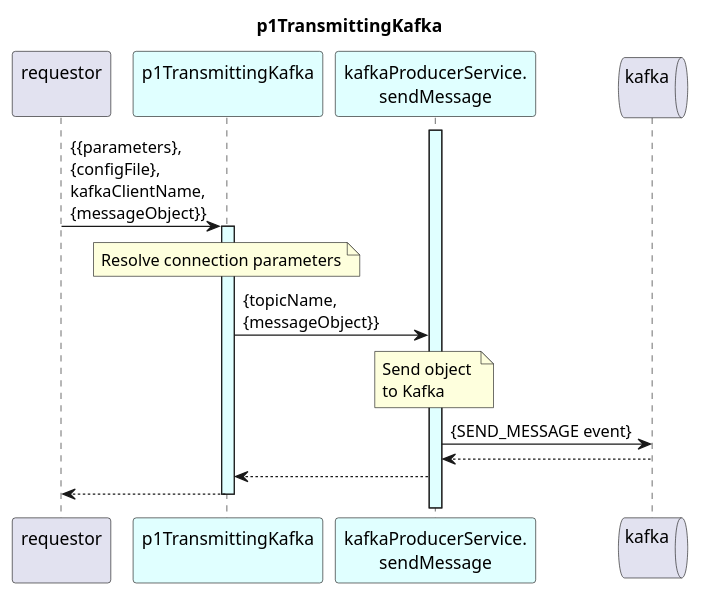
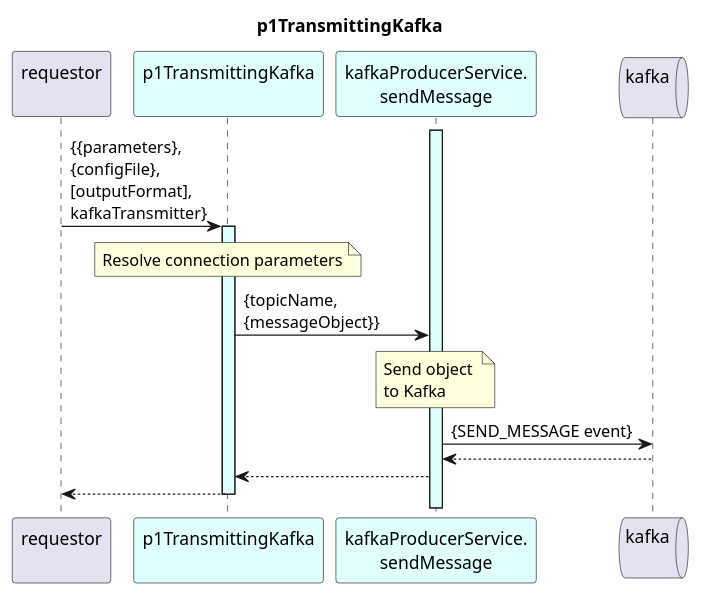
Before and after one commit to openBackhaul/DevicePerformanceManagementDataProcessor: the diagram in spec/Functions/specificFunctions/p1StreamPmData/p1ProcessDevice/p1TransmittingKafka/1.0.0/p1TransmittingKafka.plantuml, drawn with PlantUML. The commit also changed 21 other files, not shown here.

```diff
--- a/spec/Functions/specificFunctions/p1StreamPmData/p1ProcessDevice/p1TransmittingKafka/1.0.0/p1TransmittingKafka.plantuml
+++ b/spec/Functions/specificFunctions/p1StreamPmData/p1ProcessDevice/p1TransmittingKafka/1.0.0/p1TransmittingKafka.plantuml
@@ -1,37 +1,37 @@
 @startuml p1TransmittingKafka
 skinparam responseMessageBelowArrow true
 
 title
   p1TransmittingKafka
 end title
 
 participant "requestor\n" as requestor
 participant "p1TransmittingKafka\n" as p1Trans #LightCyan
 participant "kafkaProducerService.\nsendMessage" as p1KafkaP #LightCyan
 queue "kafka\n" as kafka
 
 activate p1KafkaP #LightCyan
 
-requestor -> p1Trans : {{parameters},\n{configFile},\nkafkaClientName,\n{messageObject}}
+requestor -> p1Trans : {{parameters},\n{configFile},\n[outputFormat],\nkafkaTransmitter}
 activate p1Trans #LightCyan
 
   note over p1Trans
     Resolve connection parameters
   end note
 
-  p1Trans -> p1KafkaP : {topicName,\n{messageObject}}
+    p1Trans -> p1KafkaP : {topicName,\n{messageObject}}
 
-    note over p1KafkaP
-      Send object 
-      to Kafka
-    end note
+      note over p1KafkaP
+        Send object 
+        to Kafka
+      end note
 
-    p1KafkaP -> kafka : {SEND_MESSAGE event}
-    p1KafkaP <-- kafka
+      p1KafkaP -> kafka : {SEND_MESSAGE event}
+      p1KafkaP <-- kafka
 
-  p1Trans <-- p1KafkaP
+    p1Trans <-- p1KafkaP
 
 requestor <-- p1Trans
 deactivate p1Trans
 
 @enduml
```
